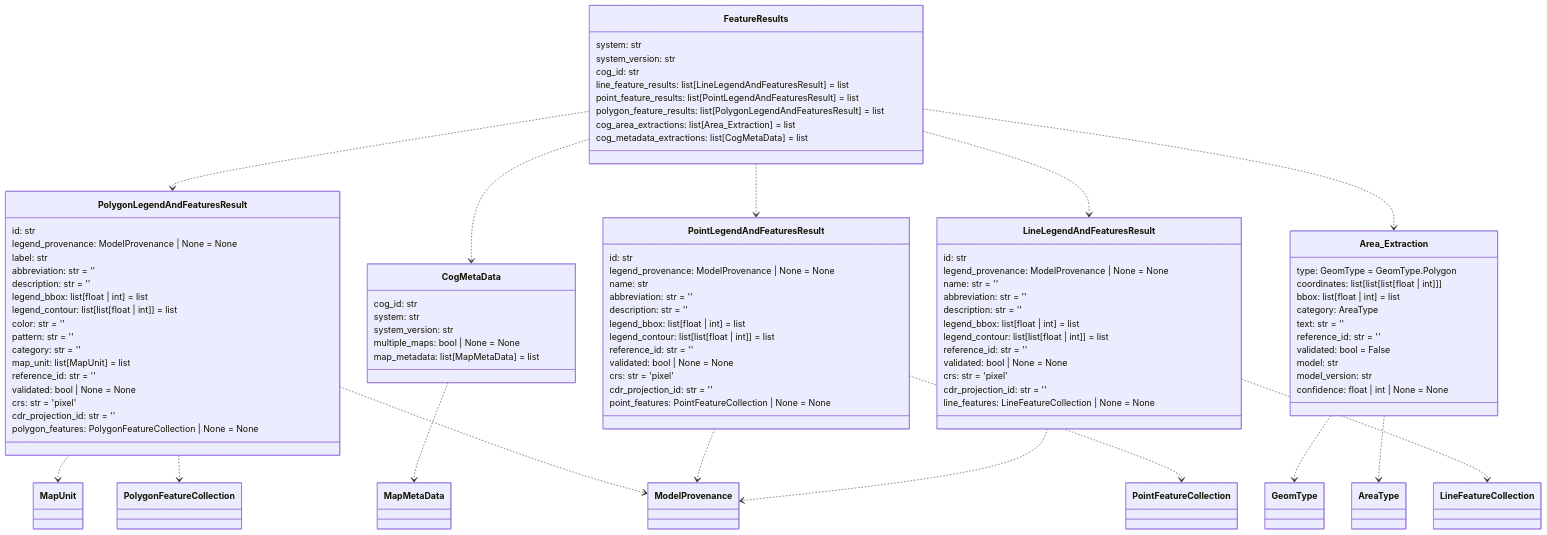
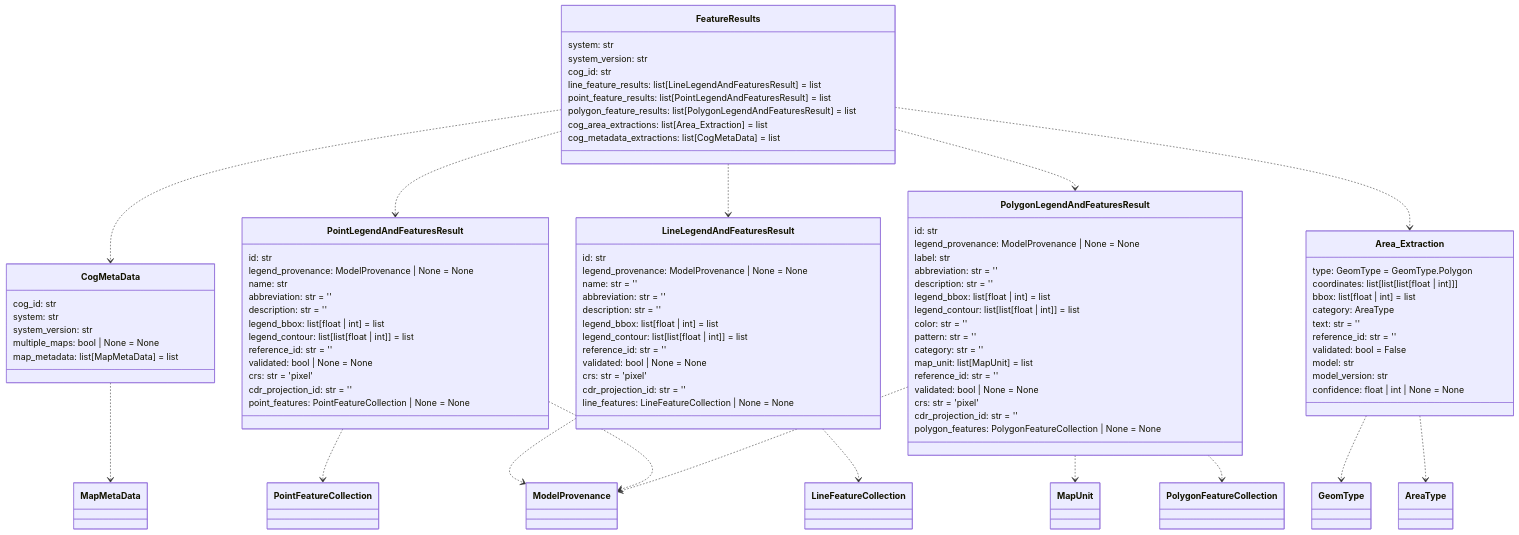
Before and after one commit to DARPA-CRITICALMAAS/cdr_schemas: the fourth of 14 diagrams in README.md, drawn with Mermaid. The commit also changed other lines of this file and 2 other files, not shown here.

````diff
--- a/README.md
+++ b/README.md
@@ -258,35 +258,5 @@
 ```mermaid
 classDiagram
-
-    class FeatureResults {
-        system: str
-        system_version: str
-        cog_id: str
-        line_feature_results: list[LineLegendAndFeaturesResult] = list
-        point_feature_results: list[PointLegendAndFeaturesResult] = list
-        polygon_feature_results: list[PolygonLegendAndFeaturesResult] = list
-        cog_area_extractions: list[Area_Extraction] = list
-        cog_metadata_extractions: list[CogMetaData] = list
-    }
-
-    class PolygonLegendAndFeaturesResult {
-        id: str
-        legend_provenance: ModelProvenance | None = None
-        label: str
-        abbreviation: str = ''
-        description: str = ''
-        legend_bbox: list[float | int] = list
-        legend_contour: list[list[float | int]] = list
-        color: str = ''
-        pattern: str = ''
-        category: str = ''
-        map_unit: list[MapUnit] = list
-        reference_id: str = ''
-        validated: bool | None = None
-        crs: str = 'pixel'
-        cdr_projection_id: str = ''
-        polygon_features: PolygonFeatureCollection | None = None
-    }
 
     class CogMetaData {
         cog_id: str
@@ -311,19 +281,6 @@
         point_features: PointFeatureCollection | None = None
     }
 
-    class Area_Extraction {
-        type: GeomType = GeomType.Polygon
-        coordinates: list[list[list[float | int]]]
-        bbox: list[float | int] = list
-        category: AreaType
-        text: str = ''
-        reference_id: str = ''
-        validated: bool = False
-        model: str
-        model_version: str
-        confidence: float | int | None = None
-    }
-
     class LineLegendAndFeaturesResult {
         id: str
         legend_provenance: ModelProvenance | None = None
@@ -339,21 +296,64 @@
         line_features: LineFeatureCollection | None = None
     }
 
+    class PolygonLegendAndFeaturesResult {
+        id: str
+        legend_provenance: ModelProvenance | None = None
+        label: str
+        abbreviation: str = ''
+        description: str = ''
+        legend_bbox: list[float | int] = list
+        legend_contour: list[list[float | int]] = list
+        color: str = ''
+        pattern: str = ''
+        category: str = ''
+        map_unit: list[MapUnit] = list
+        reference_id: str = ''
+        validated: bool | None = None
+        crs: str = 'pixel'
+        cdr_projection_id: str = ''
+        polygon_features: PolygonFeatureCollection | None = None
+    }
+
+    class Area_Extraction {
+        type: GeomType = GeomType.Polygon
+        coordinates: list[list[list[float | int]]]
+        bbox: list[float | int] = list
+        category: AreaType
+        text: str = ''
+        reference_id: str = ''
+        validated: bool = False
+        model: str
+        model_version: str
+        confidence: float | int | None = None
+    }
+
+    class FeatureResults {
+        system: str
+        system_version: str
+        cog_id: str
+        line_feature_results: list[LineLegendAndFeaturesResult] = list
+        point_feature_results: list[PointLegendAndFeaturesResult] = list
+        polygon_feature_results: list[PolygonLegendAndFeaturesResult] = list
+        cog_area_extractions: list[Area_Extraction] = list
+        cog_metadata_extractions: list[CogMetaData] = list
+    }
+
     Area_Extraction ..> GeomType
     Area_Extraction ..> AreaType
     LineLegendAndFeaturesResult ..> LineFeatureCollection
     LineLegendAndFeaturesResult ..> ModelProvenance
+    PointLegendAndFeaturesResult ..> PointFeatureCollection
     PointLegendAndFeaturesResult ..> ModelProvenance
-    PointLegendAndFeaturesResult ..> PointFeatureCollection
     PolygonLegendAndFeaturesResult ..> MapUnit
+    PolygonLegendAndFeaturesResult ..> ModelProvenance
     PolygonLegendAndFeaturesResult ..> PolygonFeatureCollection
-    PolygonLegendAndFeaturesResult ..> ModelProvenance
     CogMetaData ..> MapMetaData
-    FeatureResults ..> PolygonLegendAndFeaturesResult
     FeatureResults ..> CogMetaData
     FeatureResults ..> PointLegendAndFeaturesResult
+    FeatureResults ..> LineLegendAndFeaturesResult
+    FeatureResults ..> PolygonLegendAndFeaturesResult
     FeatureResults ..> Area_Extraction
-    FeatureResults ..> LineLegendAndFeaturesResult
 
 
 ```
````
